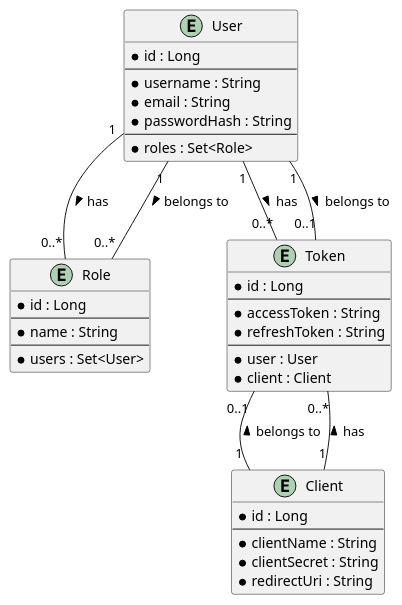
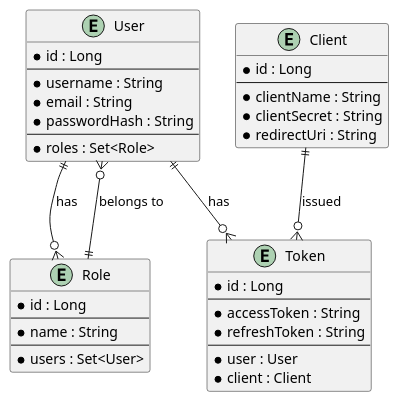
The fifth of 5 diagrams in identityprovider/documentation/detaileddesign.adoc (Dinesh-s95/AutoDoc.ai), drawn with PlantUML before and after one commit. The commit also changed other lines of this file and 4 other files, not shown here.

```diff
--- a/identityprovider/documentation/detaileddesign.adoc
+++ b/identityprovider/documentation/detaileddesign.adoc
@@ -390,47 +379,45 @@
-[plantuml, entity-relationship-diagram, png]
+[plantuml, er-diagram, png]
 ----
 @startuml
-entity User {
+entity "User" {
   * id : Long
   --
   * username : String
   * email : String
   * passwordHash : String
   --
   * roles : Set<Role>
 }
 
-entity Role {
+entity "Role" {
   * id : Long
   --
   * name : String
   --
   * users : Set<User>
 }
 
-entity Client {
+entity "Client" {
   * id : Long
   --
   * clientName : String
   * clientSecret : String
   * redirectUri : String
 }
 
-entity Token {
+entity "Token" {
   * id : Long
   --
   * accessToken : String
   * refreshToken : String
   --
   * user : User
   * client : Client
 }
 
-User "1" -- "0..*" Role : has >
-Role "0..*" -- "1" User : belongs to <
-User "1" -- "0..*" Token : has >
-Token "0..1" -- "1" User : belongs to <
-Client "1" -- "0..*" Token : has >
-Token "0..1" -- "1" Client : belongs to <
+User ||--o{ Role : has
+Role ||--o{ User : belongs to
+User ||--o{ Token : has
+Client ||--o{ Token : issued
 @enduml
 ----
```
